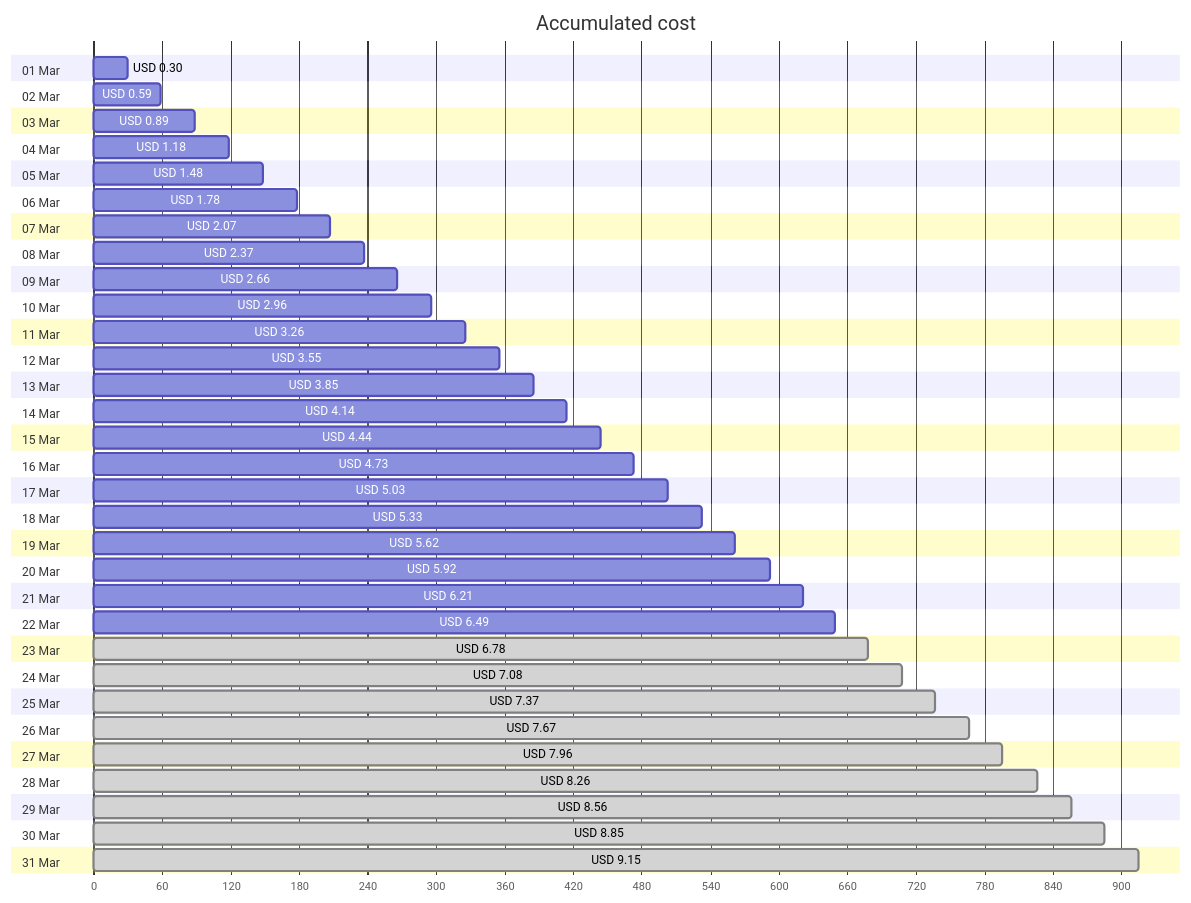
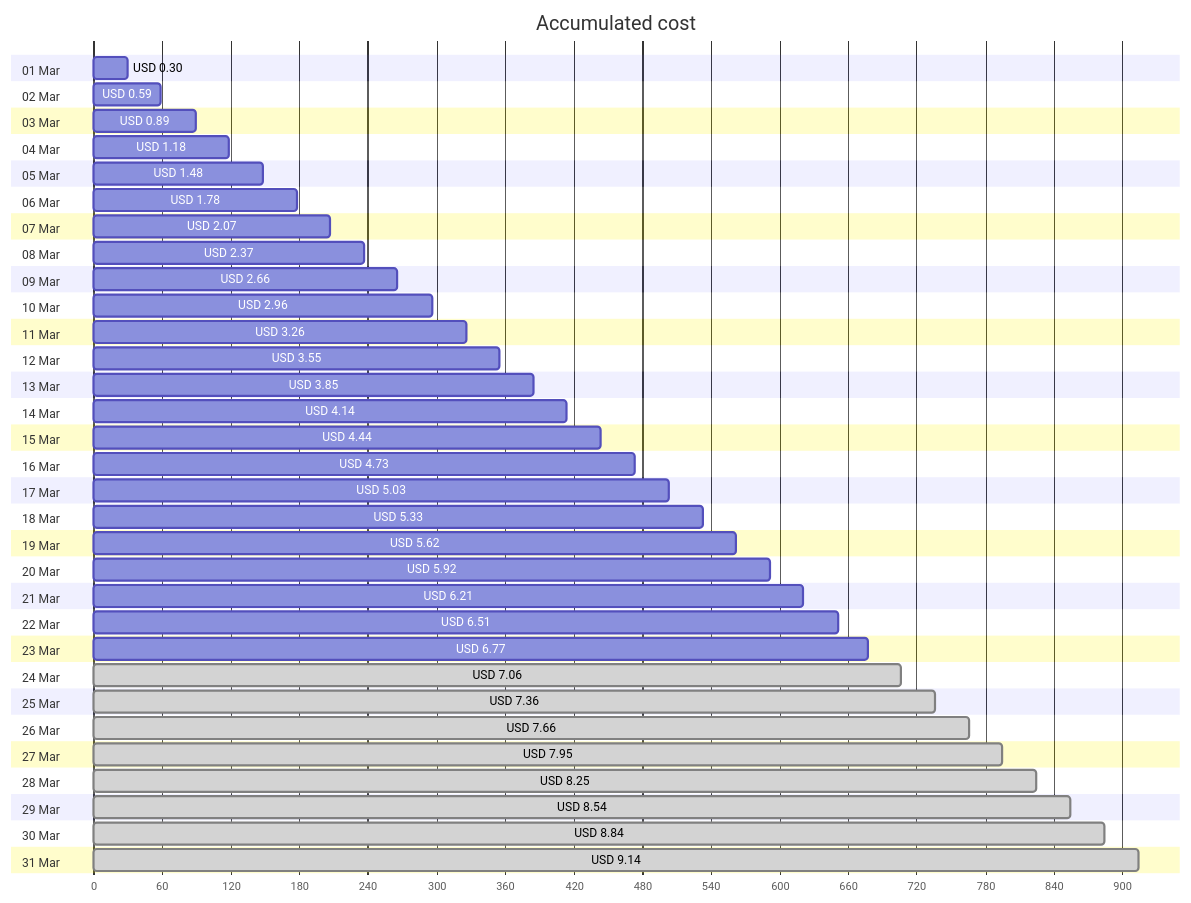
One commit to jpfulton/azure-personal-reports changed the first of 4 diagrams in cost-reports/personal-site/personal-site-preview.md. Above: the diagram before and after it, drawn with Mermaid. The commit also changed other lines of this file and 6 other files, not shown here.

````diff
--- a/cost-reports/personal-site/personal-site-preview.md
+++ b/cost-reports/personal-site/personal-site-preview.md
@@ -20,68 +20,68 @@
 ```mermaid
 gantt
    title Accumulated cost
    dateFormat  X
    axisFormat %s
    section 01 Mar
    USD 0.30 :0, 30
    section 02 Mar
    USD 0.59 :0, 59
    section 03 Mar
    USD 0.89 :0, 89
    section 04 Mar
    USD 1.18 :0, 118
    section 05 Mar
    USD 1.48 :0, 148
    section 06 Mar
    USD 1.78 :0, 178
    section 07 Mar
    USD 2.07 :0, 207
    section 08 Mar
    USD 2.37 :0, 237
    section 09 Mar
    USD 2.66 :0, 266
    section 10 Mar
    USD 2.96 :0, 296
    section 11 Mar
    USD 3.26 :0, 326
    section 12 Mar
    USD 3.55 :0, 355
    section 13 Mar
    USD 3.85 :0, 385
    section 14 Mar
    USD 4.14 :0, 414
    section 15 Mar
    USD 4.44 :0, 444
    section 16 Mar
    USD 4.73 :0, 473
    section 17 Mar
    USD 5.03 :0, 503
    section 18 Mar
    USD 5.33 :0, 533
    section 19 Mar
    USD 5.62 :0, 562
    section 20 Mar
    USD 5.92 :0, 592
    section 21 Mar
    USD 6.21 :0, 621
    section 22 Mar
-   USD 6.49 :0, 649
+   USD 6.51 :0, 651
    section 23 Mar
-   USD 6.78 : done, 0, 678
+   USD 6.77 :0, 677
    section 24 Mar
-   USD 7.08 : done, 0, 708
+   USD 7.06 : done, 0, 706
    section 25 Mar
-   USD 7.37 : done, 0, 737
+   USD 7.36 : done, 0, 736
    section 26 Mar
-   USD 7.67 : done, 0, 767
+   USD 7.66 : done, 0, 766
    section 27 Mar
-   USD 7.96 : done, 0, 796
+   USD 7.95 : done, 0, 795
    section 28 Mar
-   USD 8.26 : done, 0, 826
+   USD 8.25 : done, 0, 825
    section 29 Mar
-   USD 8.56 : done, 0, 856
+   USD 8.54 : done, 0, 854
    section 30 Mar
-   USD 8.85 : done, 0, 885
+   USD 8.84 : done, 0, 884
    section 31 Mar
-   USD 9.15 : done, 0, 915
+   USD 9.14 : done, 0, 914
 ```
````
